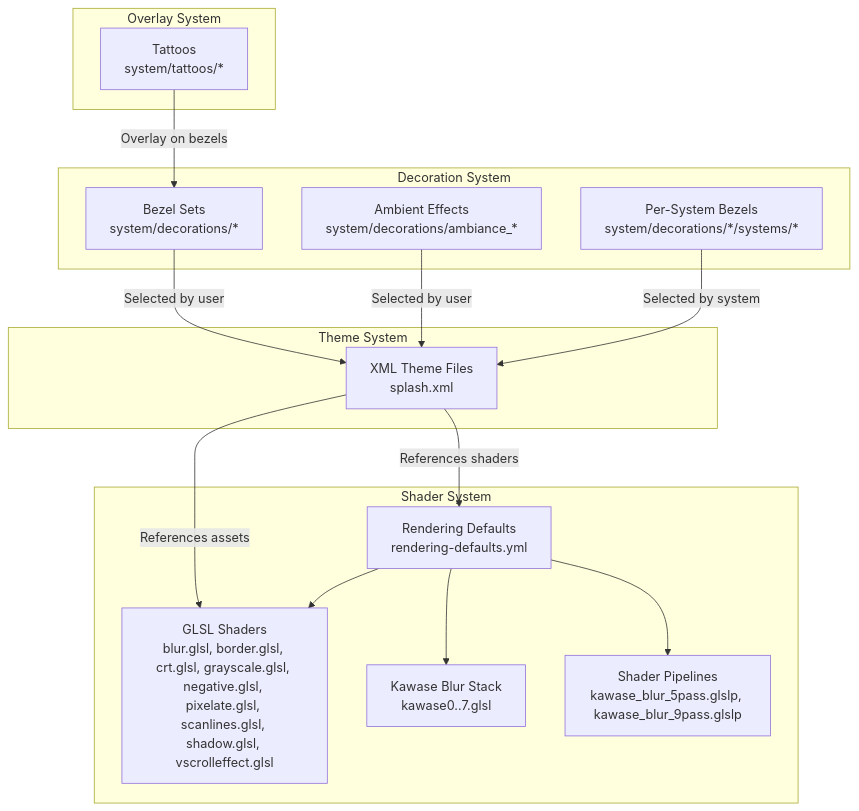
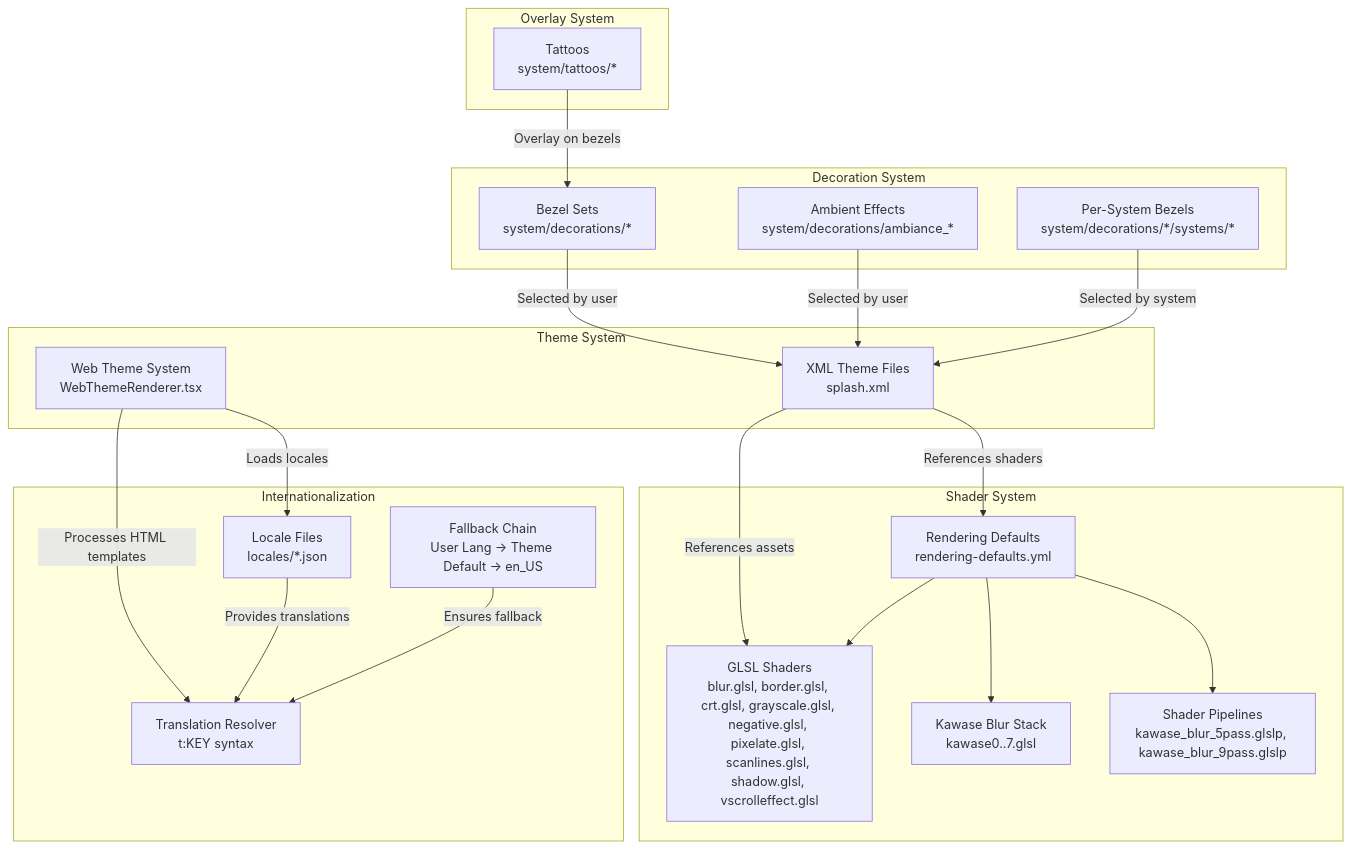
One commit to marcoriesco/RIESCADE_SYSTEM changed the first of 5 diagrams in .qoder/repowiki/en/content/Development Guide/Custom Theme and Visual Development.md. Above: the diagram before and after it, drawn with Mermaid. The commit also changed other lines of this file and 10 other files, not shown here.

````diff
--- a/.qoder/repowiki/en/content/Development Guide/Custom Theme and Visual Development.md
+++ b/.qoder/repowiki/en/content/Development Guide/Custom Theme and Visual Development.md
@@ -53,29 +70,39 @@
 ```mermaid
 graph TB
 subgraph "Theme System"
 A["XML Theme Files<br/>splash.xml"]
+B["Web Theme System<br/>WebThemeRenderer.tsx"]
 end
 subgraph "Shader System"
-B["GLSL Shaders<br/>blur.glsl, border.glsl, crt.glsl, grayscale.glsl, negative.glsl, pixelate.glsl, scanlines.glsl, shadow.glsl, vscrolleffect.glsl"]
-C["Kawase Blur Stack<br/>kawase0..7.glsl"]
-D["Shader Pipelines<br/>kawase_blur_5pass.glslp, kawase_blur_9pass.glslp"]
-E["Rendering Defaults<br/>rendering-defaults.yml"]
+C["GLSL Shaders<br/>blur.glsl, border.glsl, crt.glsl, grayscale.glsl, negative.glsl, pixelate.glsl, scanlines.glsl, shadow.glsl, vscrolleffect.glsl"]
+D["Kawase Blur Stack<br/>kawase0..7.glsl"]
+E["Shader Pipelines<br/>kawase_blur_5pass.glslp, kawase_blur_9pass.glslp"]
+F["Rendering Defaults<br/>rendering-defaults.yml"]
 end
 subgraph "Decoration System"
-F["Bezel Sets<br/>system/decorations/*"]
-G["Ambient Effects<br/>system/decorations/ambiance_*"]
-H["Per-System Bezels<br/>system/decorations/*/systems/*"]
+G["Bezel Sets<br/>system/decorations/*"]
+H["Ambient Effects<br/>system/decorations/ambiance_*"]
+I["Per-System Bezels<br/>system/decorations/*/systems/*"]
 end
 subgraph "Overlay System"
-I["Tattoos<br/>system/tattoos/*"]
+J["Tattoos<br/>system/tattoos/*"]
 end
-A --> |"References assets"| B
-A --> |"References shaders"| E
-E --> B
-E --> C
-E --> D
-F --> |"Selected by user"| A
+subgraph "Internationalization"
+K["Locale Files<br/>locales/*.json"]
+L["Translation Resolver<br/>t:KEY syntax"]
+M["Fallback Chain<br/>User Lang → Theme Default → en_US"]
+end
+A --> |"References assets"| C
+A --> |"References shaders"| F
+B --> |"Processes HTML templates"| L
+B --> |"Loads locales"| K
+F --> C
+F --> D
+F --> E
 G --> |"Selected by user"| A
-H --> |"Selected by system"| A
-I --> |"Overlay on bezels"| F
+H --> |"Selected by user"| A
+I --> |"Selected by system"| A
+J --> |"Overlay on bezels"| G
+K --> |"Provides translations"| L
+M --> |"Ensures fallback"| L
 ```
````
